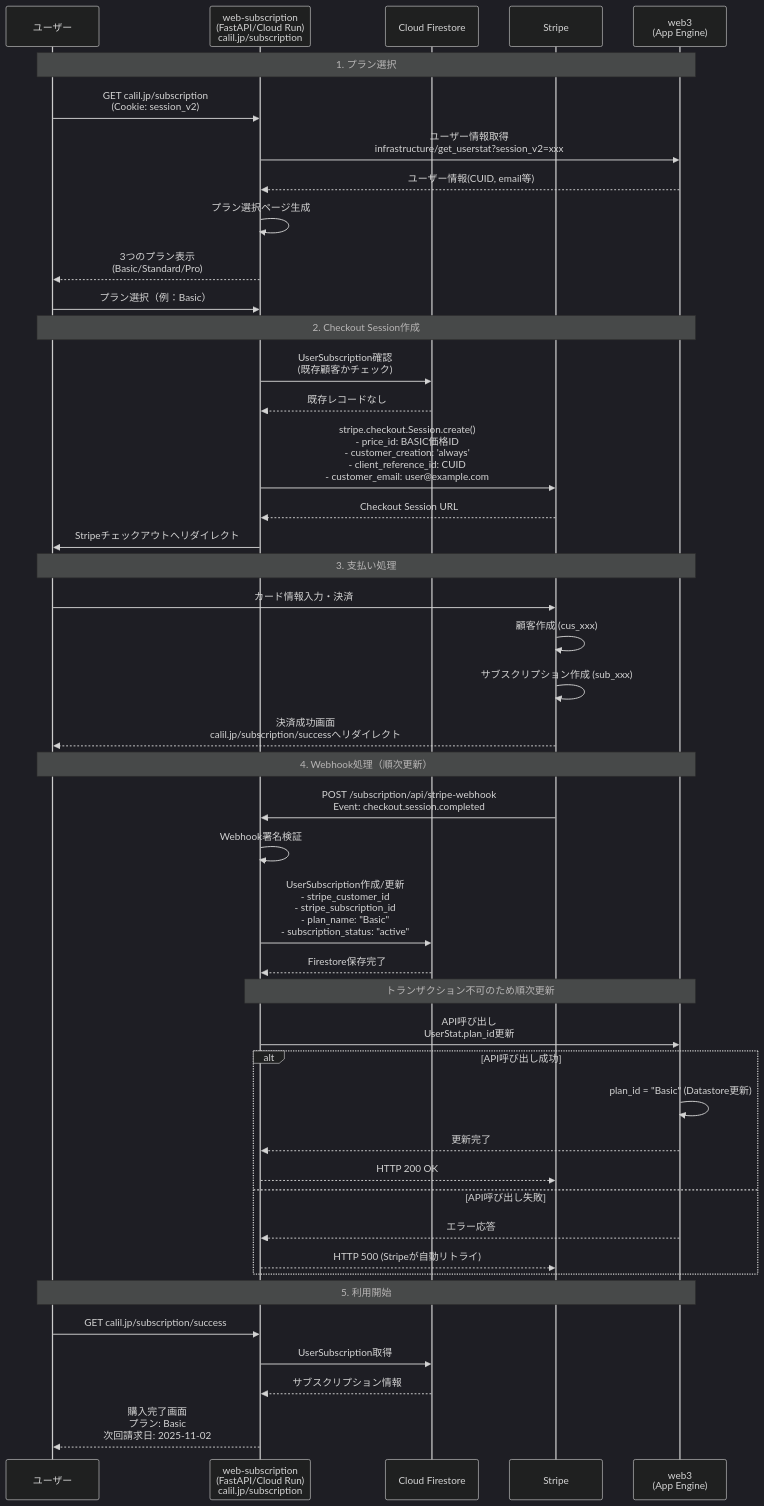
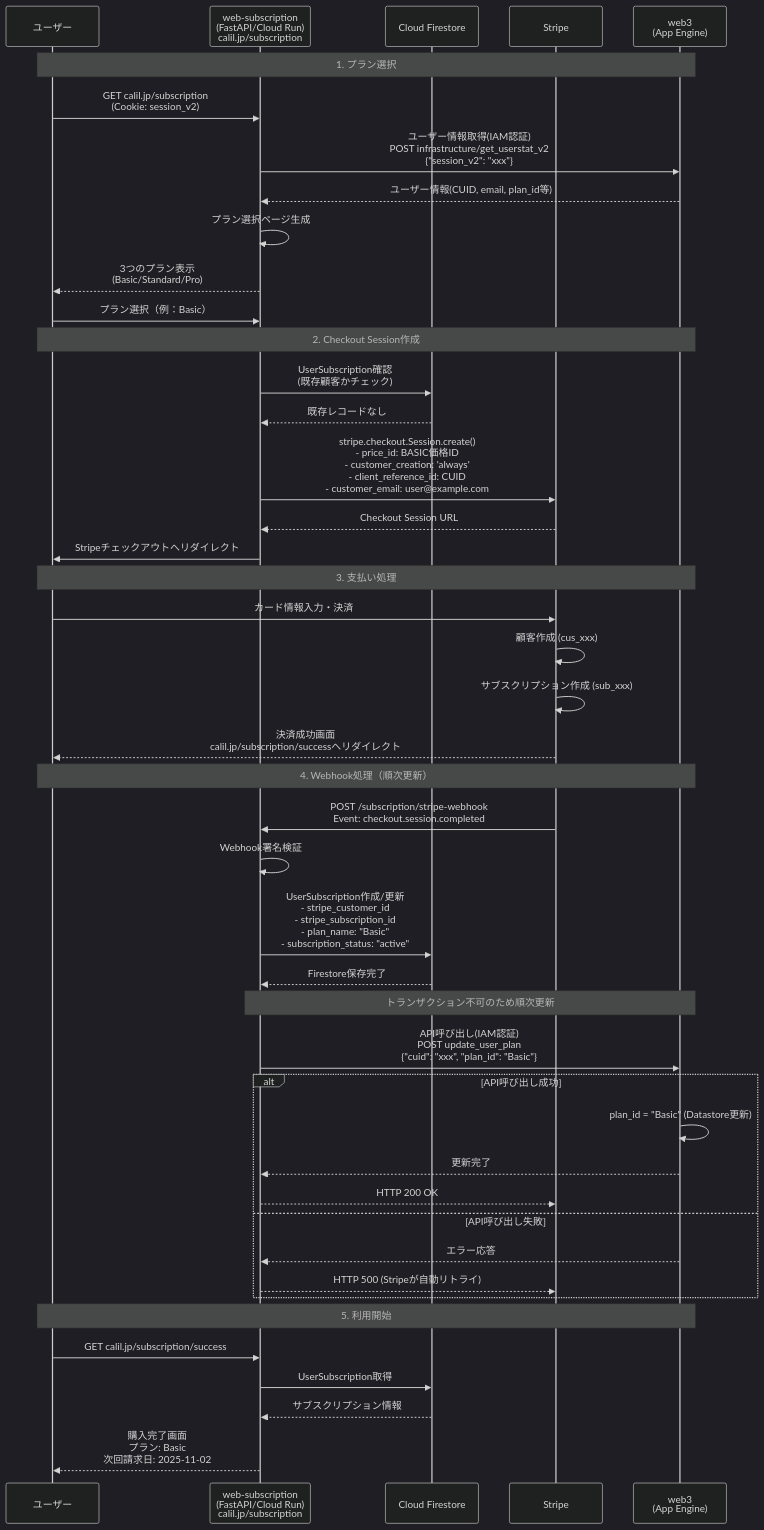
One commit to CALIL/web-subscription changed the diagram in Claude.md. Above: the diagram before and after it, drawn with Mermaid (dark theme). The commit also changed other lines of this file, not shown here.

````diff
--- a/Claude.md
+++ b/Claude.md
@@ -245,53 +344,53 @@
 ```mermaid
 sequenceDiagram
     participant U as ユーザー
     participant S as web-subscription<br/>(FastAPI/Cloud Run)<br/>calil.jp/subscription
     participant DS as Cloud Firestore
     participant ST as Stripe
     participant W3 as web3<br/>(App Engine)
 
     Note over U,W3: 1. プラン選択
     U->>S: GET calil.jp/subscription<br/>(Cookie: session_v2)
-    S->>W3: ユーザー情報取得<br/>infrastructure/get_userstat?session_v2=xxx
-    W3-->>S: ユーザー情報(CUID, email等)
+    S->>W3: ユーザー情報取得(IAM認証)<br/>POST infrastructure/get_userstat_v2<br/>{"session_v2": "xxx"}
+    W3-->>S: ユーザー情報(CUID, email, plan_id等)
     S->>S: プラン選択ページ生成
     S-->>U: 3つのプラン表示<br/>(Basic/Standard/Pro)
     U->>S: プラン選択（例：Basic）
 
     Note over U,W3: 2. Checkout Session作成
     S->>DS: UserSubscription確認<br/>(既存顧客かチェック)
     DS-->>S: 既存レコードなし
 
     S->>ST: stripe.checkout.Session.create()<br/>- price_id: BASIC価格ID<br/>- customer_creation: 'always'<br/>- client_reference_id: CUID<br/>- customer_email: user@example.com
     ST-->>S: Checkout Session URL
     S->>U: Stripeチェックアウトへリダイレクト
 
     Note over U,W3: 3. 支払い処理
     U->>ST: カード情報入力・決済
     ST->>ST: 顧客作成 (cus_xxx)
     ST->>ST: サブスクリプション作成 (sub_xxx)
     ST-->>U: 決済成功画面<br/>calil.jp/subscription/successへリダイレクト
 
     Note over U,W3: 4. Webhook処理（順次更新）
-    ST->>S: POST /subscription/api/stripe-webhook<br/>Event: checkout.session.completed
+    ST->>S: POST /subscription/stripe-webhook<br/>Event: checkout.session.completed
     S->>S: Webhook署名検証
     S->>DS: UserSubscription作成/更新<br/>- stripe_customer_id<br/>- stripe_subscription_id<br/>- plan_name: "Basic"<br/>- subscription_status: "active"
     DS-->>S: Firestore保存完了
 
     Note over S,W3: トランザクション不可のため順次更新
-    S->>W3: API呼び出し<br/>UserStat.plan_id更新
+    S->>W3: API呼び出し(IAM認証)<br/>POST update_user_plan<br/>{"cuid": "xxx", "plan_id": "Basic"}
     alt API呼び出し成功
         W3->>W3: plan_id = "Basic" (Datastore更新)
         W3-->>S: 更新完了
         S-->>ST: HTTP 200 OK
     else API呼び出し失敗
         W3-->>S: エラー応答
         S-->>ST: HTTP 500 (Stripeが自動リトライ)
     end
 
     Note over U,W3: 5. 利用開始
     U->>S: GET calil.jp/subscription/success
     S->>DS: UserSubscription取得
     DS-->>S: サブスクリプション情報
     S-->>U: 購入完了画面<br/>プラン: Basic<br/>次回請求日: 2025-11-02
 ```
````
